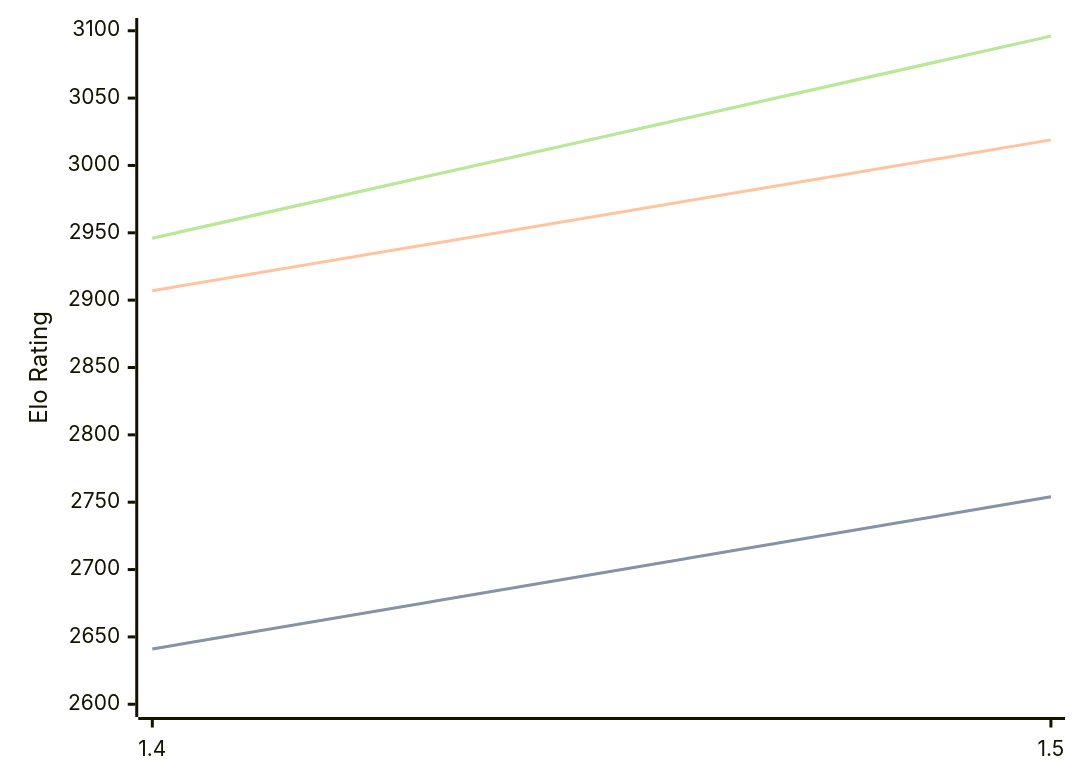
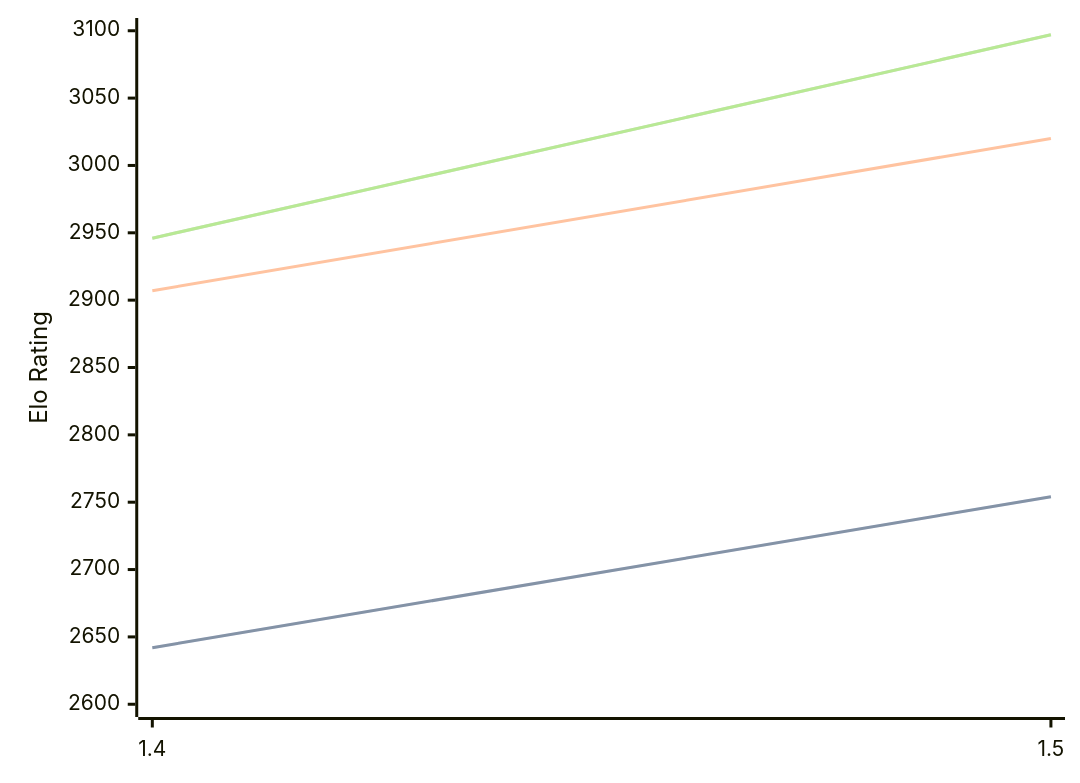
The third of 3 diagrams in engines/Yakka.md (computer-chess-index/cci), drawn with Mermaid before and after one commit. The commit also changed other lines of this file, not shown here.

Commit message:
Update CCI Ratings (ELO VLTC) - 2026-06-23

````diff
--- a/engines/Yakka.md
+++ b/engines/Yakka.md
@@ -69,11 +69,11 @@
 ```mermaid
 %%{init: {"theme":"base","themeVariables":{"seriesColors:['#a3a3a3','#222221','#faa371']}}}%%
 xychart-beta
   x-axis ["1.4", "1.5"]
   y-axis "Elo Rating" 2600 --> 3100
-  line "STC (8.0+0.08s)" [2641, 2754]
-  line "STC (8.0+0.08s)" [2641, 2754]
-  line "LTC (60.0+0.60s)" [2907, 3019]
-  line "VLTC (2m24s+1.12s)" [2946, 3096]
-  line "VLTC (2m24s+1.12s)" [2946, 3096]
+  line "STC (8.0+0.08s)" [2642, 2754]
+  line "STC (8.0+0.08s)" [2642, 2754]
+  line "LTC (60.0+0.60s)" [2907, 3020]
+  line "VLTC (2m24s+1.12s)" [2946, 3097]
+  line "VLTC (2m24s+1.12s)" [2946, 3097]
 ```
````
